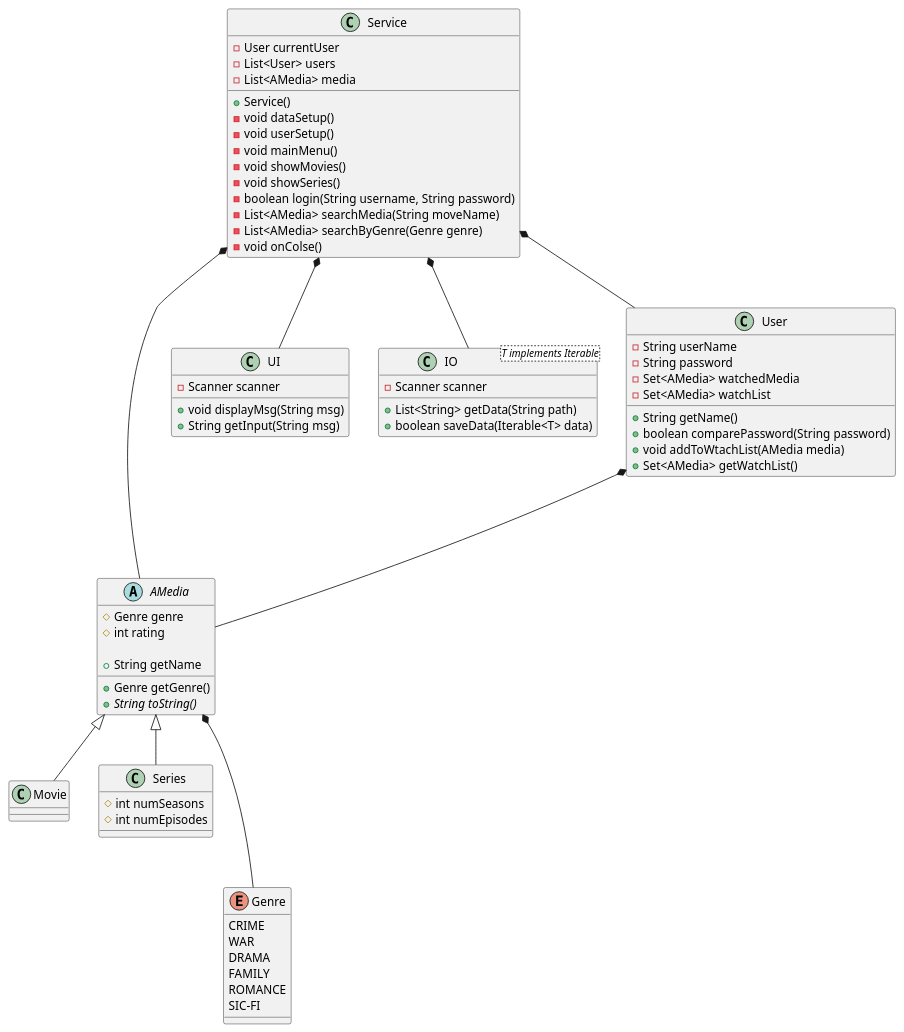
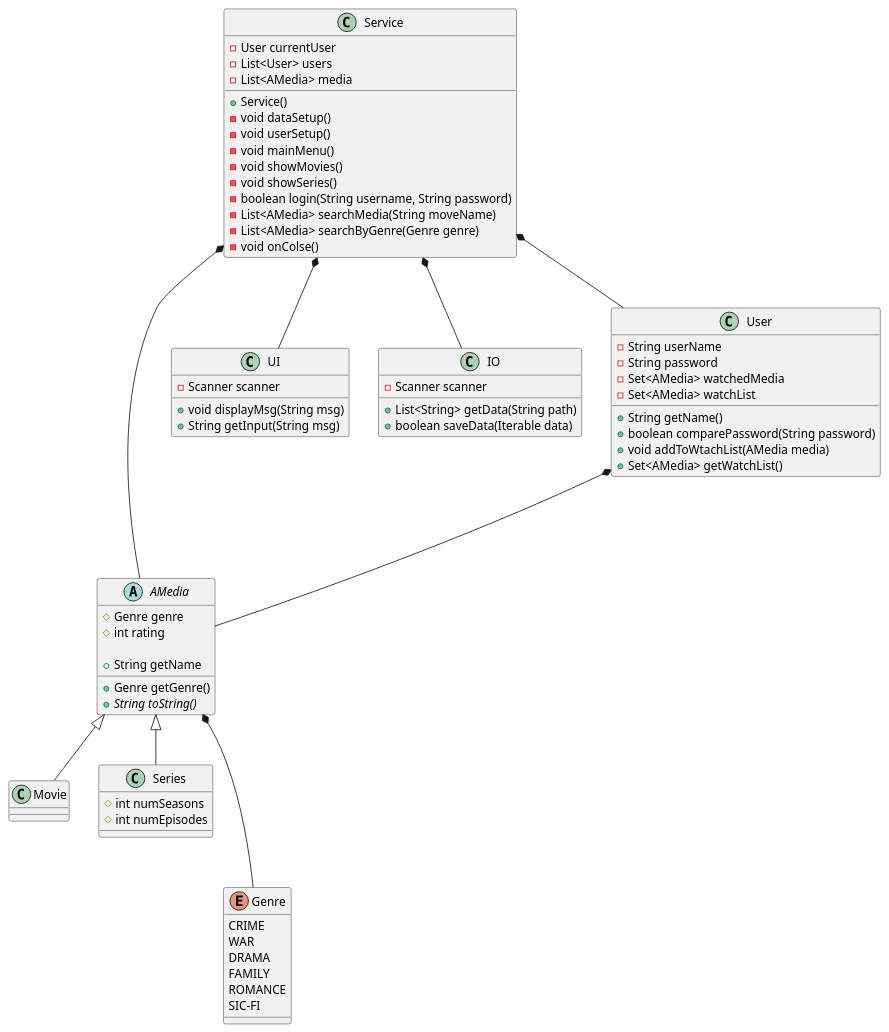
One commit to Laumh-exe/sp3 changed the diagram in doc/classDiagra.puml. Above: the diagram before and after it, drawn with PlantUML.

```diff
--- a/doc/classDiagra.puml
+++ b/doc/classDiagra.puml
@@ -1,86 +1,86 @@
 abstract class AMedia{
 	# Genre genre
 	# int rating
 
     + Genre getGenre()
     + String getName
     {abstract} + String toString()
 }
 
 class Movie{
 	
 }
 
 class Series{
 	# int numSeasons
 	# int numEpisodes	
 }
 
 class UI {
     - Scanner scanner
 	+ void displayMsg(String msg)
 	+ String getInput(String msg)
 }
 
-class IO<T implements Iterable>{
+class IO{
     - Scanner scanner
 	+ List<String> getData(String path)
-	+ boolean saveData(Iterable<T> data)
+	+ boolean saveData(Iterable data)
 }
 
 class User{
     - String userName
     - String password
     - Set<AMedia> watchedMedia
     - Set<AMedia> watchList
     + String getName()
     + boolean comparePassword(String password)
     + void addToWtachList(AMedia media)
     + Set<AMedia> getWatchList()
 }
 
 class Service{
     - User currentUser
 	- List<User> users
 	- List<AMedia> media
 	
     + Service()
     - void dataSetup()
     - void userSetup()
     - void mainMenu() 
     - void showMovies()
     - void showSeries()
 	- boolean login(String username, String password)
     - List<AMedia> searchMedia(String moveName)
     - List<AMedia> searchByGenre(Genre genre)
     - void onColse()
 }
 note left of Service::setup
     userlogin / create user
 end note
 
 note left of Service::mainMainu
     This is the main loop of the programSS
 end note
 
 enum Genre{
     CRIME
     WAR
     DRAMA
     FAMILY
     ROMANCE
     SIC-FI
 }
 
 Service *-- AMedia
 Service *-- User
 Service *-- UI
 Service *-- IO
 
 AMedia *--- Genre
 
 User *--- AMedia
 
 
 AMedia <|-- Movie
 AMedia <|-- Series
```
